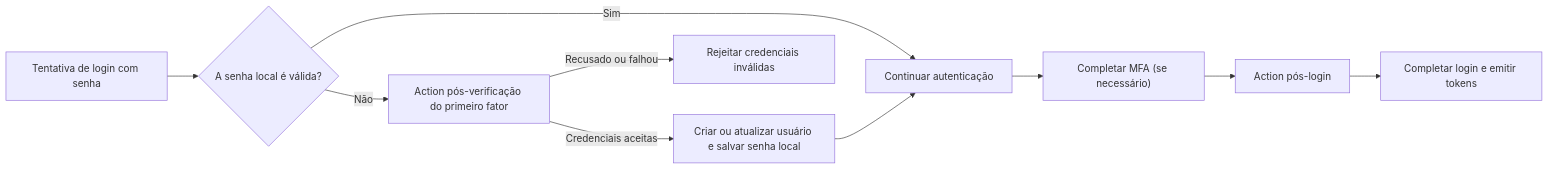
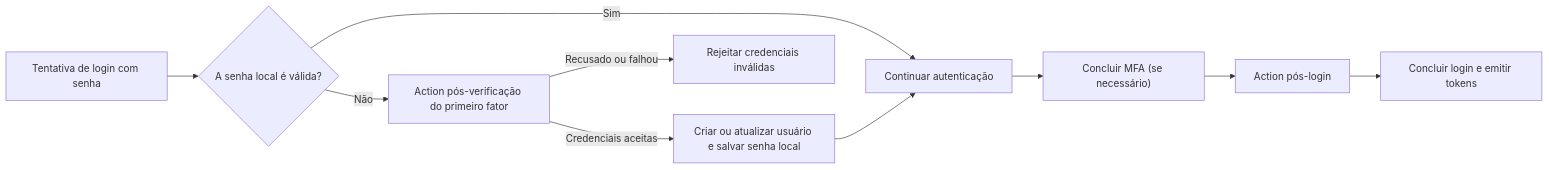
Before and after one commit to logto-io/docs: the diagram in i18n/pt-BR/docusaurus-plugin-content-docs/current/developers/actions/README.mdx, drawn with Mermaid. The commit also changed other lines of this file and 26 other files, not shown here.

````diff
--- a/i18n/pt-BR/docusaurus-plugin-content-docs/current/developers/actions/README.mdx
+++ b/i18n/pt-BR/docusaurus-plugin-content-docs/current/developers/actions/README.mdx
@@ -29,12 +29,12 @@
 ```mermaid
 flowchart LR
   A["Tentativa de login com senha"] --> B{"A senha local é válida?"}
   B -->|"Sim"| E["Continuar autenticação"]
   B -->|"Não"| C["Action pós-verificação do primeiro fator"]
   C -->|"Credenciais aceitas"| D["Criar ou atualizar usuário e salvar senha local"]
   C -->|"Recusado ou falhou"| X["Rejeitar credenciais inválidas"]
   D --> E
-  E --> F["Completar MFA (se necessário)"]
+  E --> F["Concluir MFA (se necessário)"]
   F --> G["Action pós-login"]
-  G --> H["Completar login e emitir tokens"]
+  G --> H["Concluir login e emitir tokens"]
 ```
````
